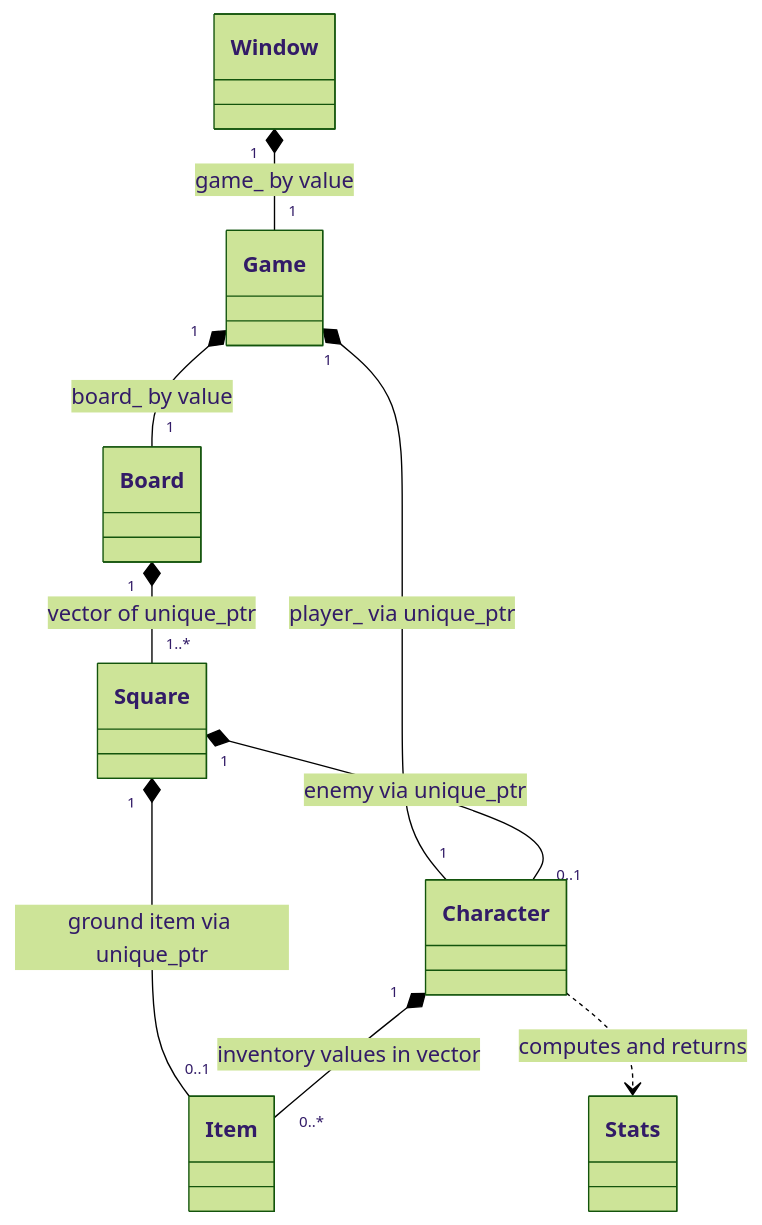
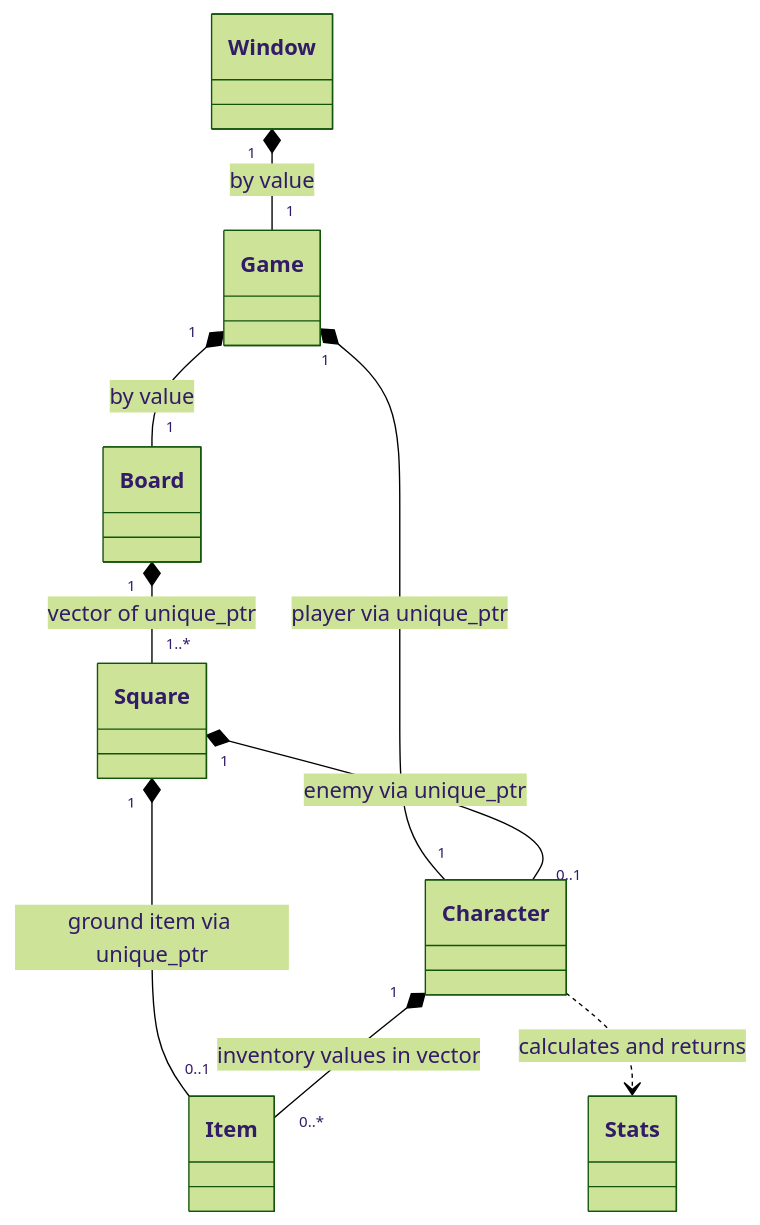
The first of 2 diagrams in README.md (Eleanorecheng/fantasyGame), drawn with Mermaid (forest theme) before and after one commit. The commit also changed other lines of this file and 26 other files, not shown here.

````diff
--- a/README.md
+++ b/README.md
@@ -106,12 +90,12 @@
 ```mermaid
 classDiagram
     direction TB
-    Window "1" *-- "1" Game : game_ by value
-    Game "1" *-- "1" Board : board_ by value
-    Game "1" *-- "1" Character : player_ via unique_ptr
+    Window "1" *-- "1" Game : by value
+    Game "1" *-- "1" Board : by value
+    Game "1" *-- "1" Character : player via unique_ptr
     Board "1" *-- "1..*" Square : vector of unique_ptr
     Square "1" *-- "0..1" Character : enemy via unique_ptr
     Square "1" *-- "0..1" Item : ground item via unique_ptr
     Character "1" *-- "0..*" Item : inventory values in vector
-    Character ..> Stats : computes and returns
+    Character ..> Stats : calculates and returns
 ```
````
